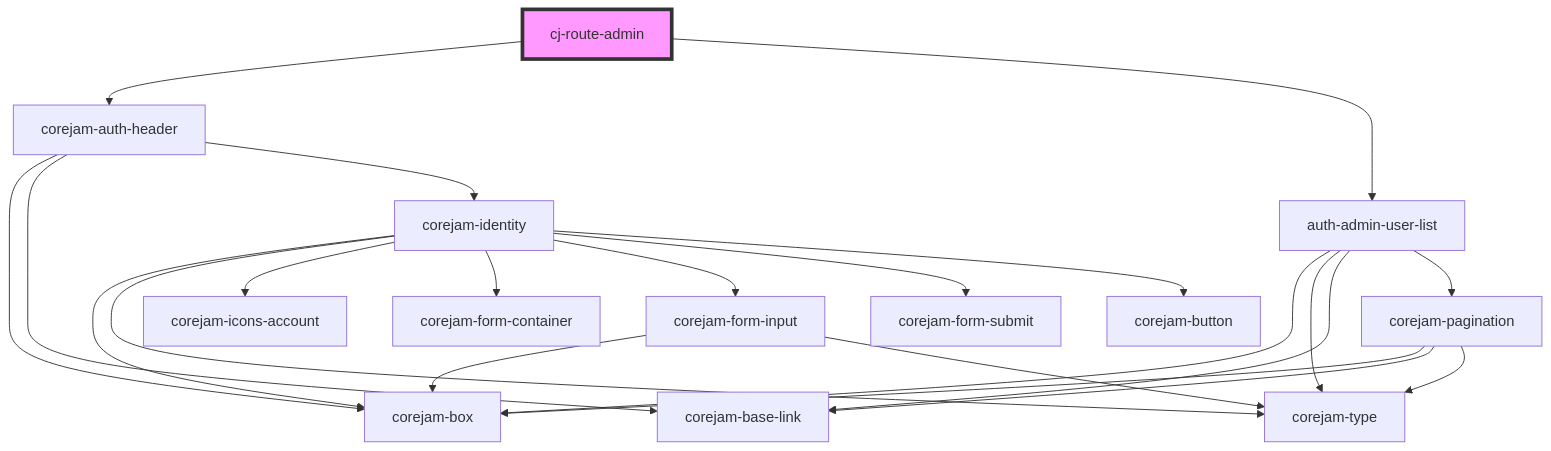
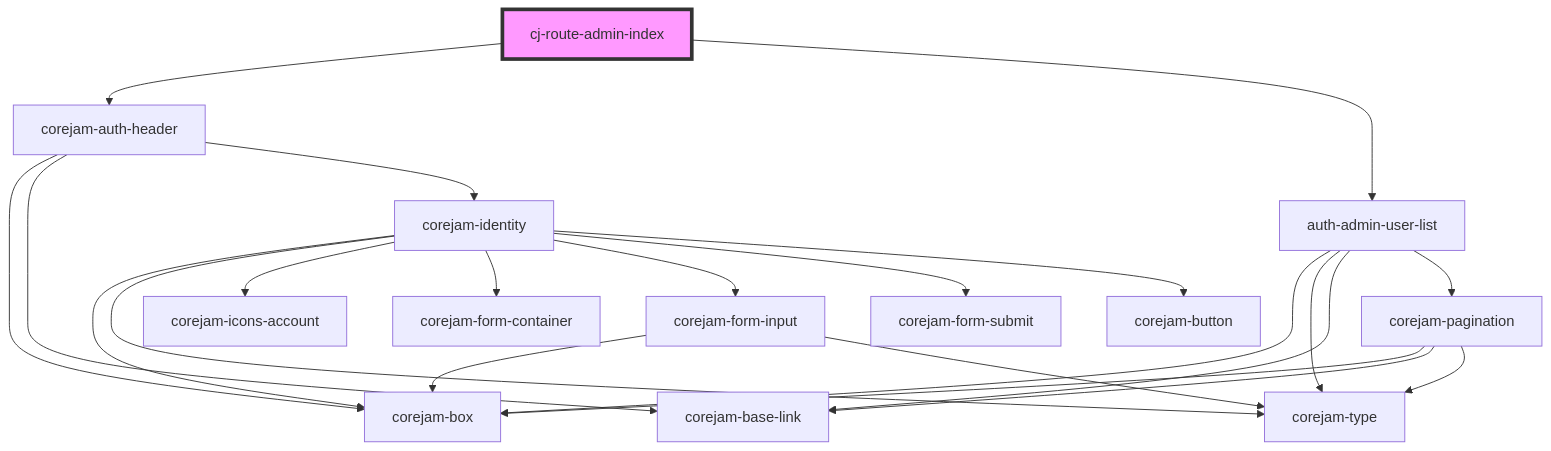
The diagram in packages/plugins/auth/app/routes/admin/users/readme.md (corejam/corejam), drawn with Mermaid before and after one commit. The commit also changed other lines of this file and 31 other files, not shown here.

````diff
--- a/packages/plugins/auth/app/routes/admin/users/readme.md
+++ b/packages/plugins/auth/app/routes/admin/users/readme.md
@@ -23,25 +16,25 @@
 ```mermaid
 graph TD;
-  cj-route-admin --> corejam-auth-header
-  cj-route-admin --> auth-admin-user-list
+  cj-route-admin-index --> corejam-auth-header
+  cj-route-admin-index --> auth-admin-user-list
   corejam-auth-header --> corejam-box
   corejam-auth-header --> corejam-base-link
   corejam-auth-header --> corejam-identity
   corejam-identity --> corejam-box
   corejam-identity --> corejam-type
   corejam-identity --> corejam-icons-account
   corejam-identity --> corejam-form-container
   corejam-identity --> corejam-form-input
   corejam-identity --> corejam-form-submit
   corejam-identity --> corejam-button
   corejam-form-input --> corejam-box
   corejam-form-input --> corejam-type
   auth-admin-user-list --> corejam-box
   auth-admin-user-list --> corejam-type
   auth-admin-user-list --> corejam-base-link
   auth-admin-user-list --> corejam-pagination
   corejam-pagination --> corejam-box
   corejam-pagination --> corejam-base-link
   corejam-pagination --> corejam-type
-  style cj-route-admin fill:#f9f,stroke:#333,stroke-width:4px
+  style cj-route-admin-index fill:#f9f,stroke:#333,stroke-width:4px
 ```
````
